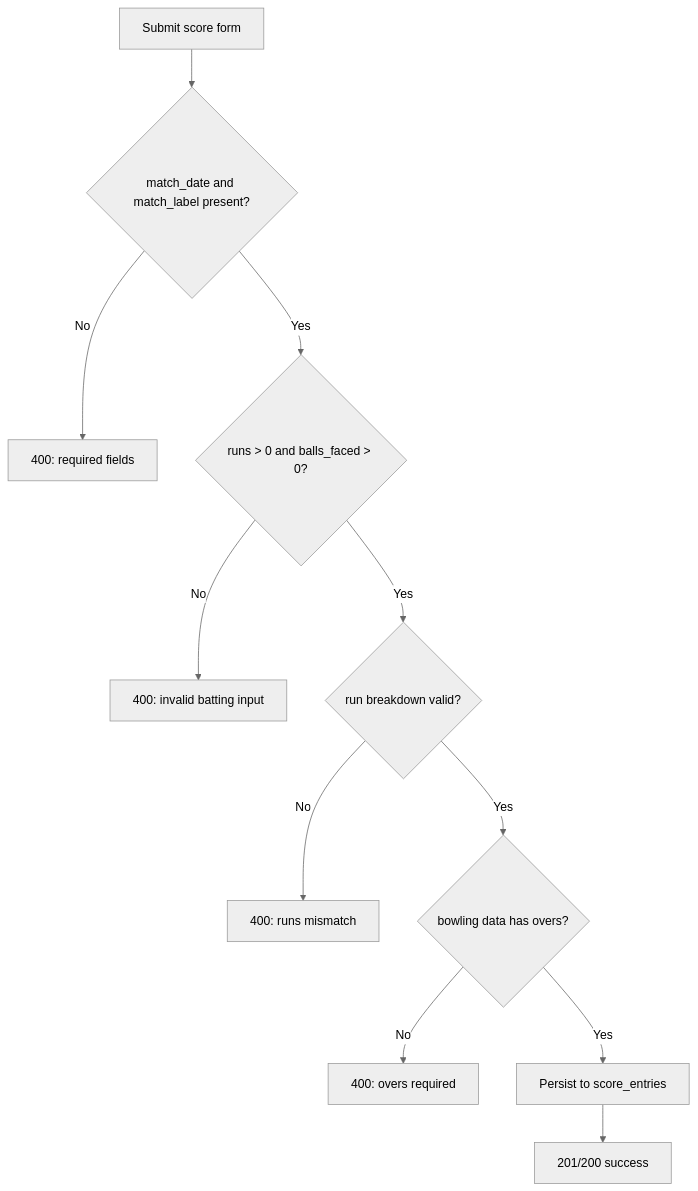
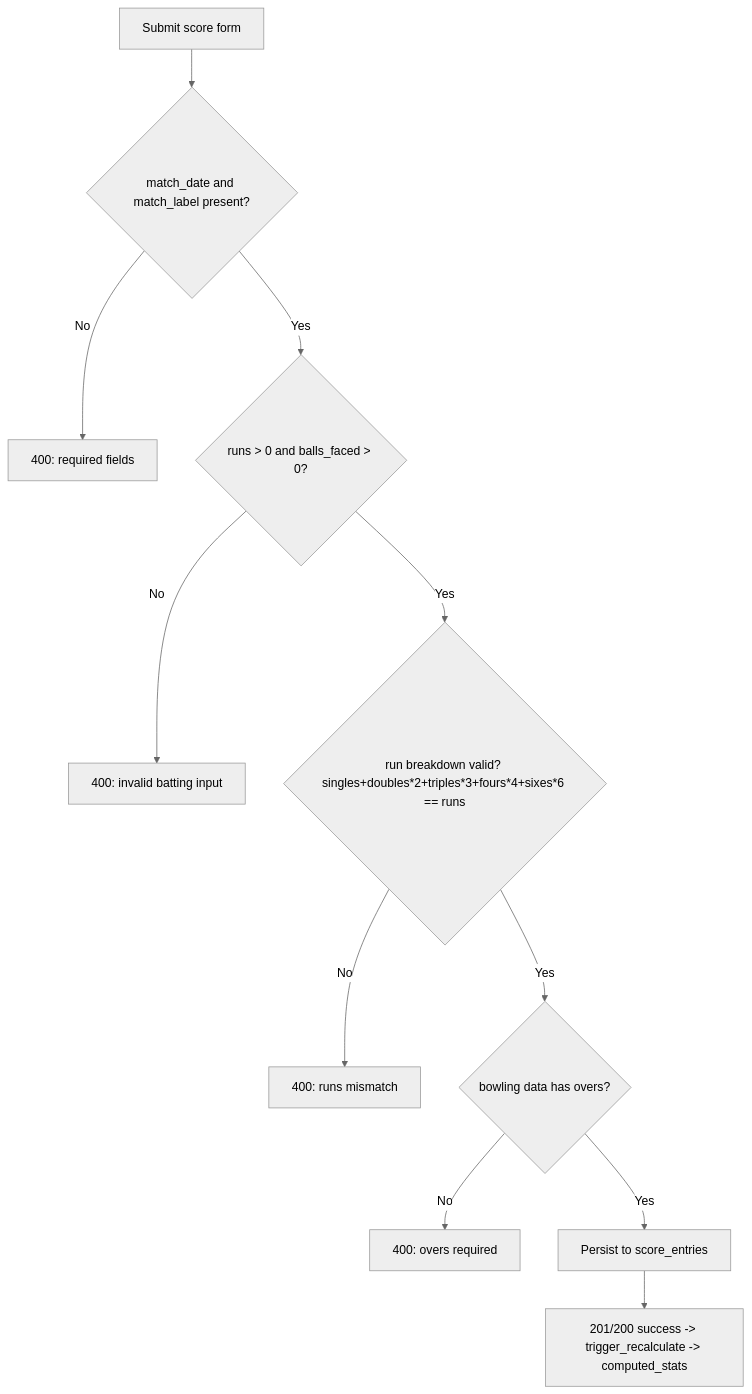
Before and after one commit to abimanyu2515/cricscore: the third of 3 diagrams in README.md, drawn with Mermaid (neutral theme). The commit also changed other lines of this file and 7 other files, not shown here.

````diff
--- a/README.md
+++ b/README.md
@@ -66,13 +90,13 @@
 ```mermaid
 flowchart TD
   A[Submit score form] --> B{match_date and match_label present?}
   B -- No --> E1[400: required fields]
   B -- Yes --> C{runs > 0 and balls_faced > 0?}
   C -- No --> E2[400: invalid batting input]
-  C -- Yes --> D{run breakdown valid?}
+  C -- Yes --> D{run breakdown valid? singles+doubles*2+triples*3+fours*4+sixes*6 == runs}
   D -- No --> E3[400: runs mismatch]
   D -- Yes --> F{bowling data has overs?}
   F -- No --> E4[400: overs required]
   F -- Yes --> G[Persist to score_entries]
-  G --> H[201/200 success]
+  G --> H[201/200 success -> trigger_recalculate -> computed_stats]
 ```
````
